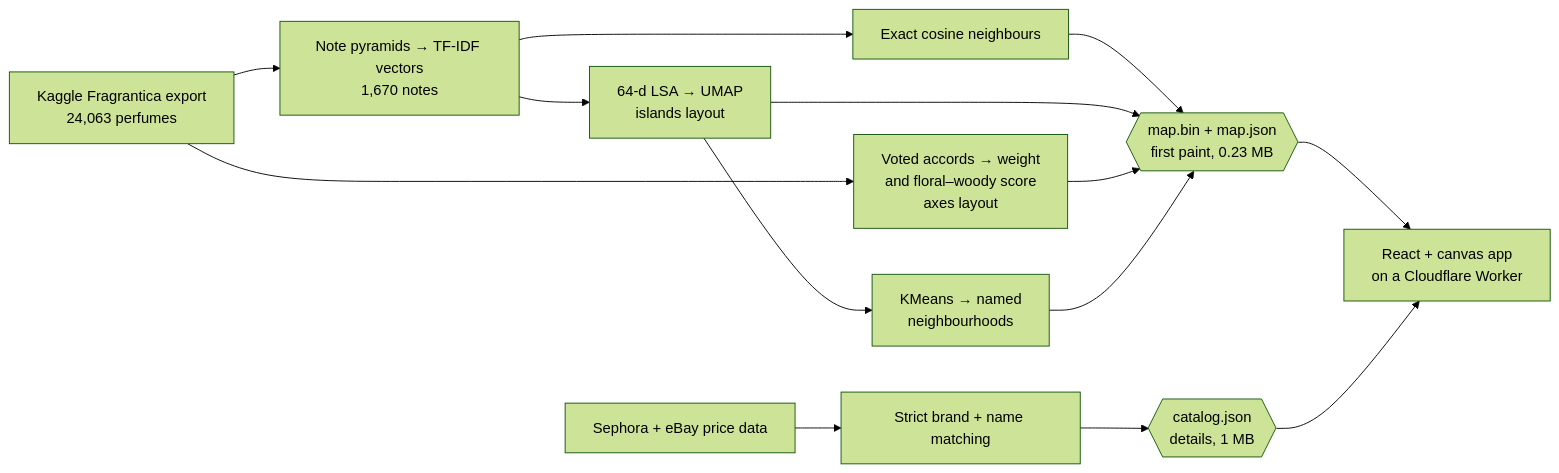
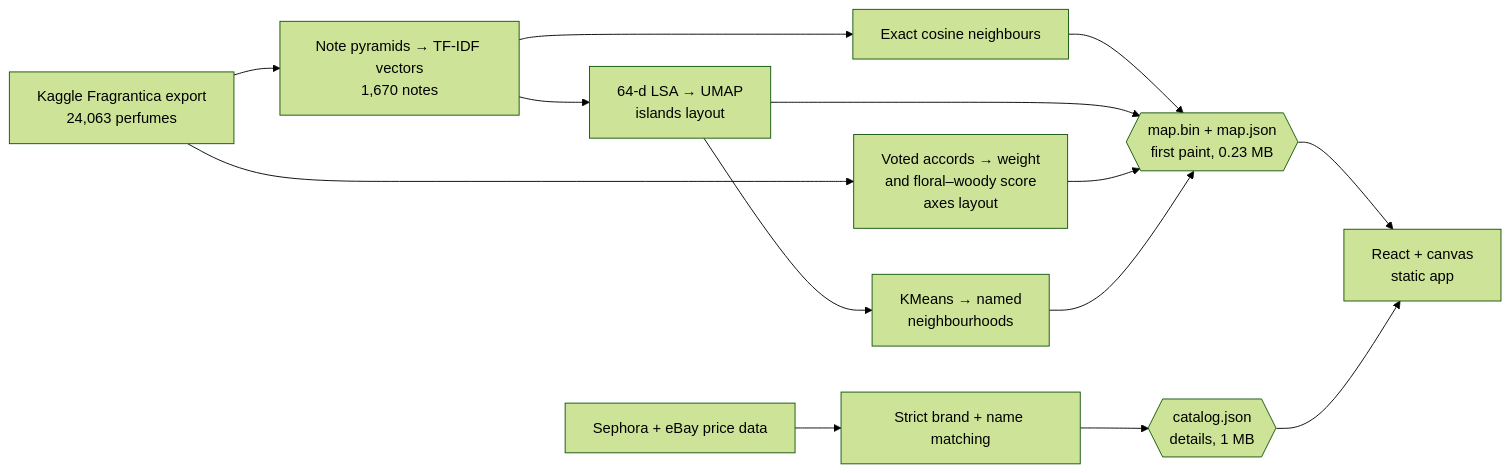
The diagram in README.md (Shri2007/accord), drawn with Mermaid (forest theme) before and after one commit. The commit also changed other lines of this file and 16 other files, not shown here.

````diff
--- a/README.md
+++ b/README.md
@@ -96,16 +98,16 @@
 ```mermaid
 flowchart LR
   A[Kaggle Fragrantica export<br/>24,063 perfumes] --> B[Note pyramids → TF-IDF vectors<br/>1,670 notes]
   B --> C[Exact cosine neighbours]
   B --> D[64-d LSA → UMAP<br/>islands layout]
   A --> E[Voted accords → weight<br/>and floral–woody score<br/>axes layout]
   F[Sephora + eBay price data] --> G[Strict brand + name matching]
   D --> H[KMeans → named<br/>neighbourhoods]
   C --> I{{map.bin + map.json<br/>first paint, 0.23 MB}}
   D --> I
   E --> I
   H --> I
   G --> J{{catalog.json<br/>details, 1 MB}}
-  I --> K[React + canvas app<br/>on a Cloudflare Worker]
+  I --> K[React + canvas<br/>static app]
   J --> K
 ```
````
